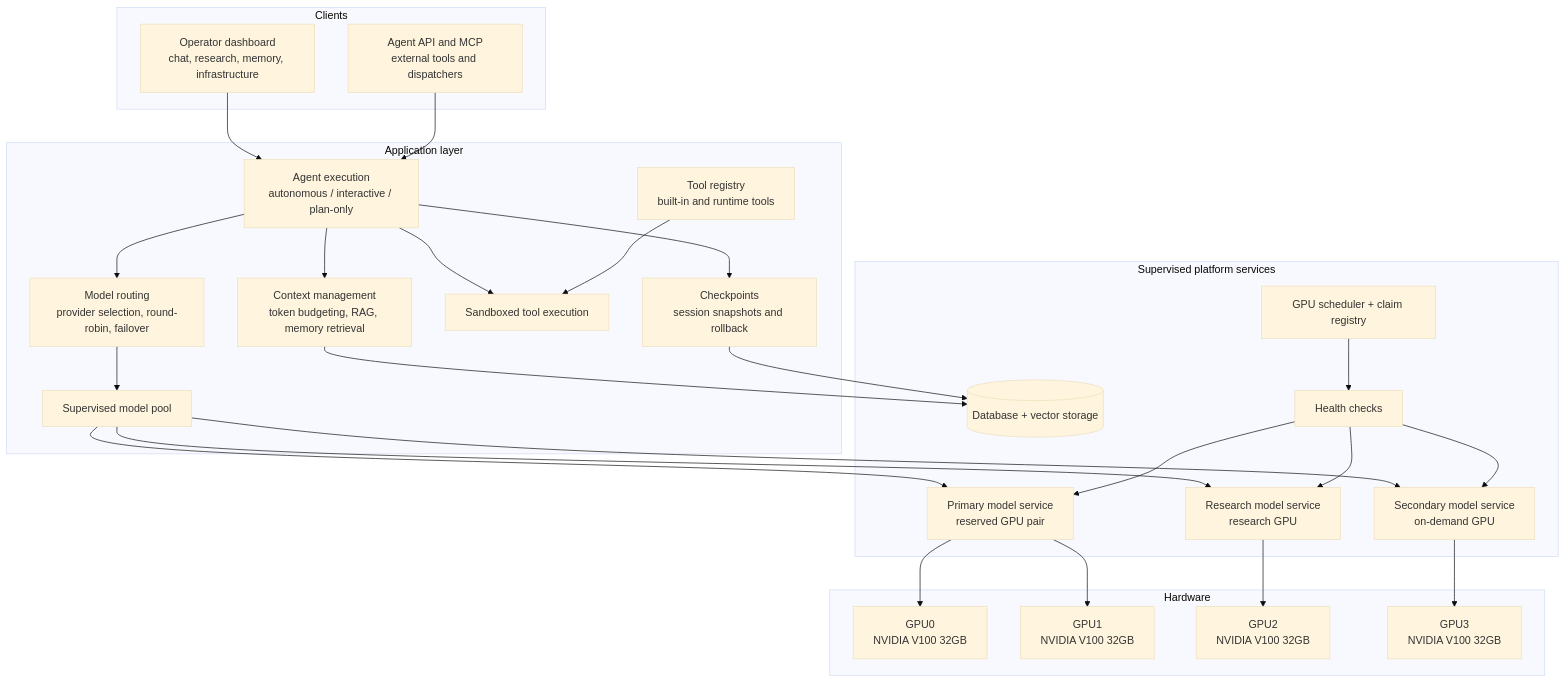
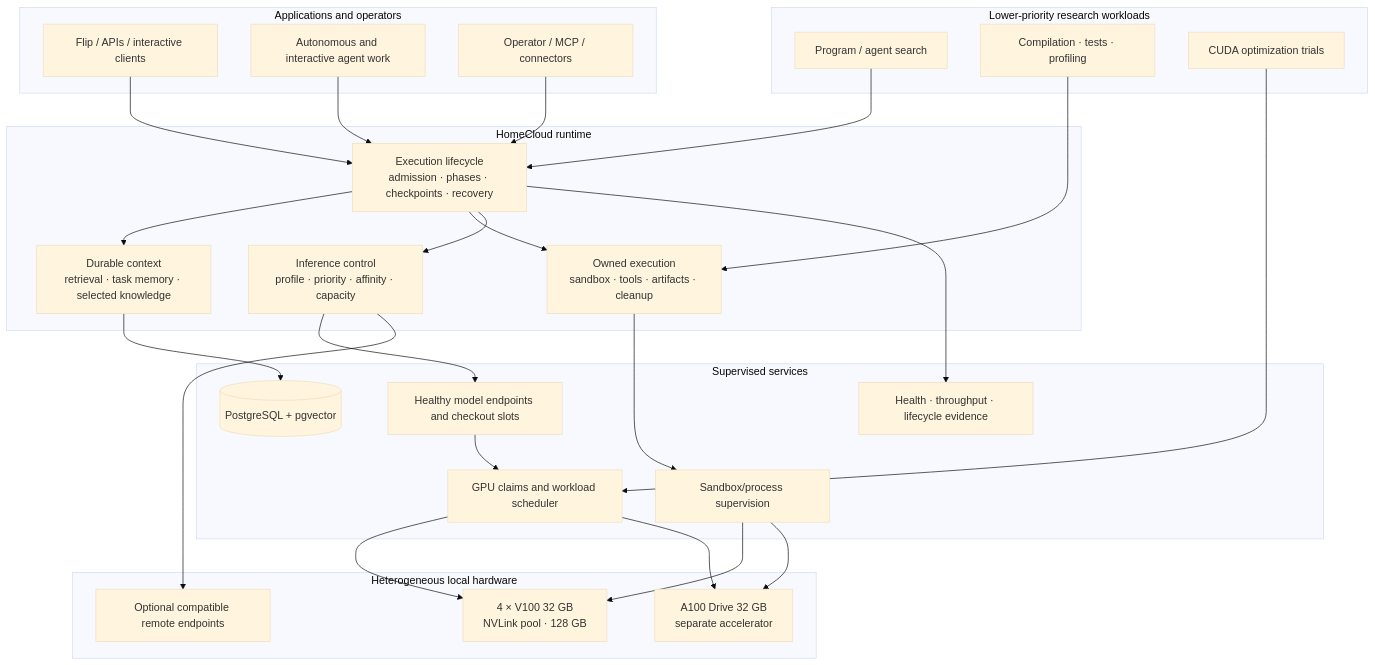
Before and after one commit to wahargis/portfolio: the diagram in homecloud/assets/diagrams/architecture.mmd, drawn with Mermaid (base theme). The commit also changed 67 other files, not shown here.

First line of the commit message:
Portfolio architecture audit: restore system aims and deep case studies (#1)

```diff
--- a/homecloud/assets/diagrams/architecture.mmd
+++ b/homecloud/assets/diagrams/architecture.mmd
@@ -1,53 +1,53 @@
 flowchart TD
-    subgraph clients["Clients"]
-        UI["Operator dashboard<br/>chat, research, memory, infrastructure"]
-        API["Agent API and MCP<br/>external tools and dispatchers"]
+    subgraph interfaces["Applications and operators"]
+        APP["Flip / APIs / interactive clients"]
+        AGENT["Autonomous and interactive agent work"]
+        OPS["Operator / MCP / connectors"]
     end
 
-    subgraph app["Application layer"]
-        EXEC["Agent execution<br/>autonomous / interactive / plan-only"]
-        CTX["Context management<br/>token budgeting, RAG, memory retrieval"]
-        ROUTE["Model routing<br/>provider selection, round-robin, failover"]
-        POOL["Supervised model pool"]
-        TOOLS["Tool registry<br/>built-in and runtime tools"]
-        SANDBOX["Sandboxed tool execution"]
-        CHECK["Checkpoints<br/>session snapshots and rollback"]
+    subgraph runtime["HomeCloud runtime"]
+        EXEC["Execution lifecycle<br/>admission · phases · checkpoints · recovery"]
+        CONTEXT["Durable context<br/>retrieval · task memory · selected knowledge"]
+        TOOL["Owned execution<br/>sandbox · tools · artifacts · cleanup"]
+        ROUTER["Inference control<br/>profile · priority · affinity · capacity"]
+        EXEC --> CONTEXT
+        EXEC --> TOOL
+        EXEC --> ROUTER
     end
 
-    subgraph services["Supervised platform services"]
-        DB[("Database + vector storage")]
-        HEALTH["Health checks"]
-        M1["Primary model service<br/>reserved GPU pair"]
-        M2["Research model service<br/>research GPU"]
-        M3["Secondary model service<br/>on-demand GPU"]
-        SCHED["GPU scheduler + claim registry"]
+    subgraph services["Supervised services"]
+        DB[("PostgreSQL + pgvector")]
+        POOL["Healthy model endpoints and checkout slots"]
+        SCHED["GPU claims and workload scheduler"]
+        SANDBOX["Sandbox/process supervision"]
+        TELEMETRY["Health · throughput · lifecycle evidence"]
     end
 
-    subgraph hw["Hardware"]
-        G0["GPU0<br/>NVIDIA V100 32GB"]
-        G1["GPU1<br/>NVIDIA V100 32GB"]
-        G2["GPU2<br/>NVIDIA V100 32GB"]
-        G3["GPU3<br/>NVIDIA V100 32GB"]
+    subgraph research["Lower-priority research workloads"]
+        PROGRAM["Program / agent search"]
+        VERIFY["Compilation · tests · profiling"]
+        CUDA["CUDA optimization trials"]
     end
 
-    UI --> EXEC
-    API --> EXEC
-    EXEC --> CTX
-    EXEC --> ROUTE
-    ROUTE --> POOL
-    POOL --> M1
-    POOL --> M2
-    POOL --> M3
-    EXEC --> SANDBOX
-    EXEC --> CHECK
-    CTX --> DB
-    CHECK --> DB
-    TOOLS --> SANDBOX
-    HEALTH --> M1
-    HEALTH --> M2
-    HEALTH --> M3
-    SCHED --> HEALTH
-    M1 --> G0
-    M1 --> G1
-    M2 --> G2
-    M3 --> G3
+    subgraph hardware["Heterogeneous local hardware"]
+        V100["4 × V100 32 GB<br/>NVLink pool · 128 GB"]
+        A100["A100 Drive 32 GB<br/>separate accelerator"]
+        REMOTE["Optional compatible remote endpoints"]
+    end
+
+    APP --> EXEC
+    AGENT --> EXEC
+    OPS --> EXEC
+    CONTEXT --> DB
+    TOOL --> SANDBOX
+    ROUTER --> POOL
+    EXEC --> TELEMETRY
+    PROGRAM --> EXEC
+    VERIFY --> TOOL
+    CUDA --> SCHED
+    POOL --> SCHED
+    SCHED --> V100
+    SCHED --> A100
+    ROUTER --> REMOTE
+    SANDBOX --> V100
+    SANDBOX --> A100
```
